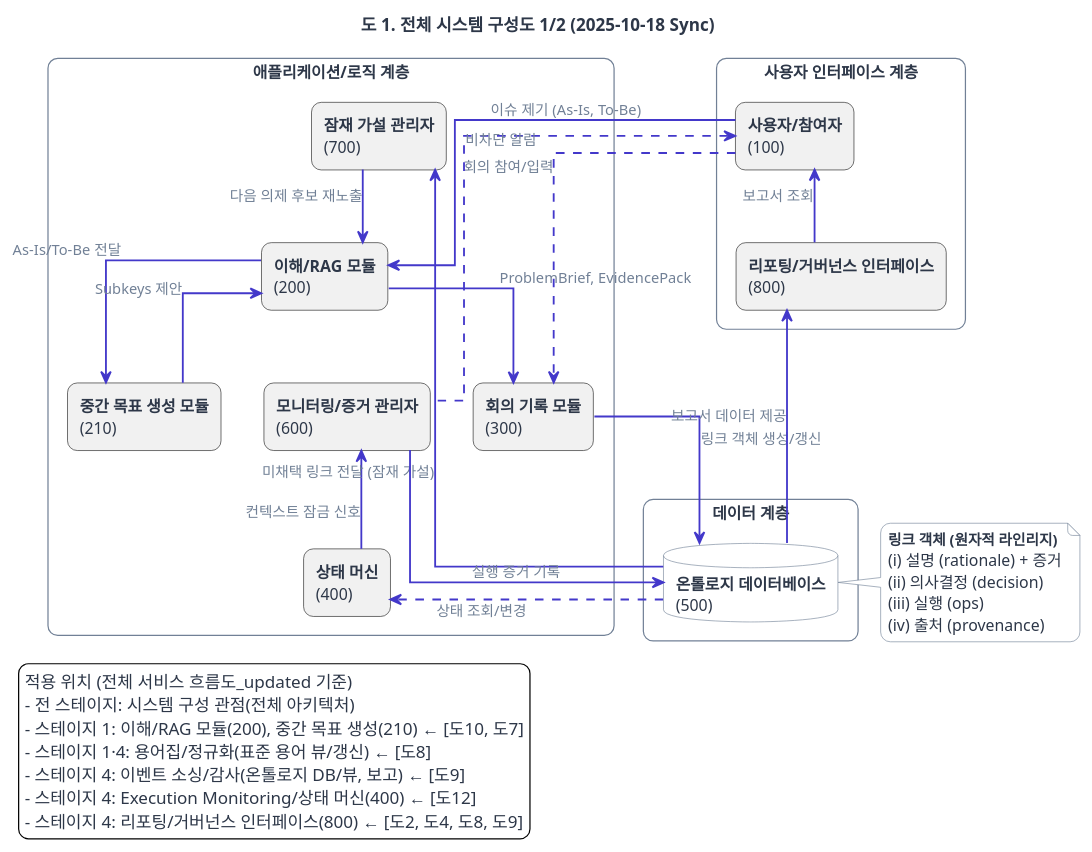
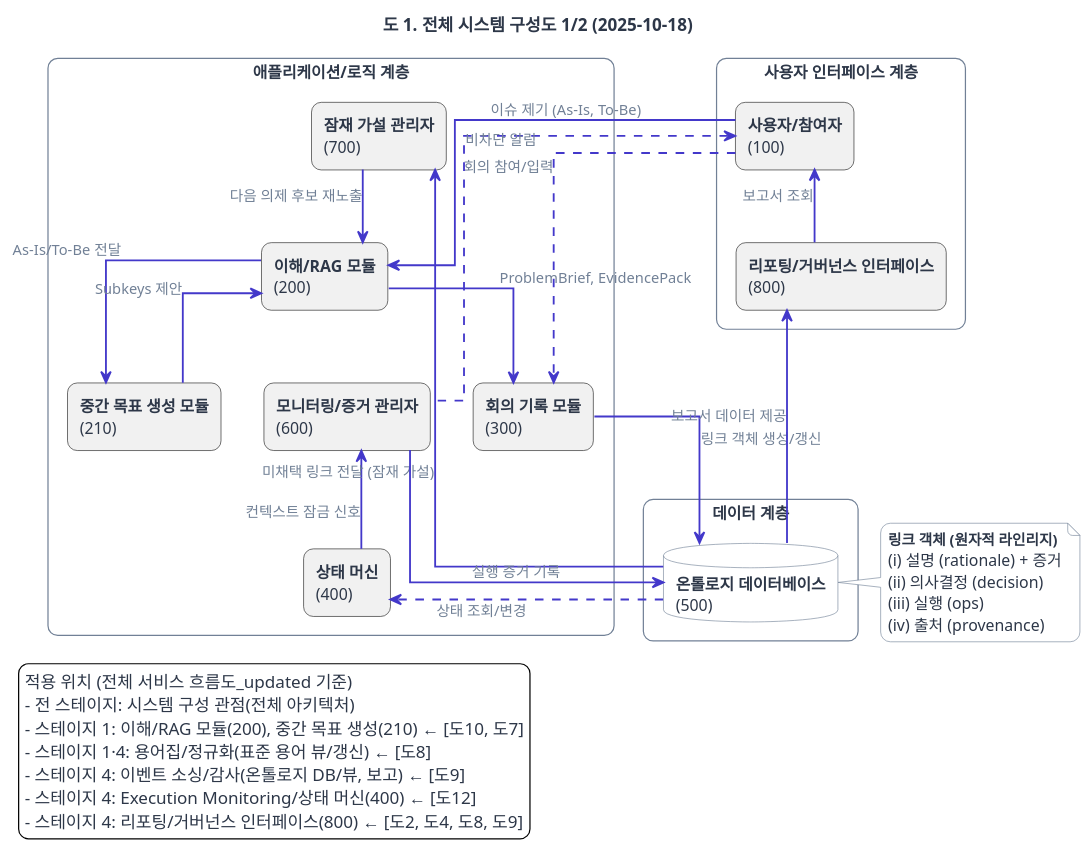
One commit to hamnYK/worflogyTemp changed the diagram in diagrams/1_system_architecture_p1.puml. Above: the diagram before and after it, drawn with PlantUML. The commit also changed 14 other files, not shown here.

```diff
--- a/diagrams/1_system_architecture_p1.puml
+++ b/diagrams/1_system_architecture_p1.puml
@@ -1,162 +1,162 @@
 @startuml
 
 ' Set the main direction to vertical
 top to bottom direction
 
-title 도 1. 전체 시스템 구성도 1/2 (2025-10-18 Sync)
+title 도 1. 전체 시스템 구성도 1/2 (2025-10-18)
 
 '================================================================
 ' Worflogy.com Website Theme for PlantUML
 '================================================================
 
 '// 1. 전역 스타일 (Global Style & Fonts) //
 skinparam backgroundColor #ffffff
 skinparam defaultFontName "Pretendard"
 skinparam defaultFontSize 13
 skinparam defaultFontColor #2D3748
 skinparam shadowing false
 skinparam roundCorner 16
 
 '// 2. 화살표 및 연결선 스타일 (Arrow & Connector Style) //
 skinparam ArrowColor #718096
 skinparam ArrowThickness 1.5
 skinparam ArrowFontColor #718096
 skinparam ArrowFontSize 12
 skinparam linetype ortho
 
 '// 3. 기본 요소 스타일 (Standard Elements Style) //
 skinparam card {
   BackgroundColor #ffffff
   BorderColor #718096
 }
 skinparam note {
   BackgroundColor #ffffff
   BorderColor #718096
   FontColor #2D3748
 }
 skinparam component {
   BackgroundColor #ffffff
   BorderColor #718096
 }
 skinparam package {
   BackgroundColor #ffffff
   BorderColor #718096
 }
 skinparam database {
   BackgroundColor #ffffff
   BorderColor #718096
 }
 ' [추가] 파티션(Partition) 스타일 정의
 skinparam partition {
   BackgroundColor #F4F6F8 ' 웹사이트의 연한 배경색으로 구분감 부여
   BorderColor #718096
   FontColor #2D3748
 }
 
 '// 4. 강조 요소 스타일 (Accent Elements Style) //
 skinparam actor {
   BackgroundColor #4338CA
   BorderColor #4338CA
   FontColor #ffffff
 }
 skinparam participant {
   BackgroundColor #4338CA
   BorderColor #4338CA
   FontColor #ffffff
 }
 skinparam usecase {
   BackgroundColor #ffffff
   BorderColor #4338CA
   ArrowColor #4338CA
 }
 skinparam activity {
   BackgroundColor #ffffff
   BorderColor #4338CA
   FontColor #2D3748
 }
 
 '// 5. 클래스 다이어그램 스타일 (Class Diagram Style) //
 skinparam class {
   BackgroundColor #ffffff
   BorderColor #718096 ' [수정] 테두리 색상 변경
   HeaderBackgroundColor #4338CA
   FontColor #ffffff
   AttributeFontColor #2D3748
   AttributeFontSize 12
 }
 
 '================================================================
 
 ' Layout & Components
 rectangle "사용자 인터페이스 계층" {
   rectangle "<b>사용자/참여자</b>\n(100)" as User
   rectangle "<b>리포팅/거버넌스 인터페이스</b>\n(800)" as RPT
   User -[hidden]right- RPT
 }
 
 rectangle "애플리케이션/로직 계층" {
   rectangle "<b>잠재 가설 관리자</b>\n(700)" as WS
   rectangle "<b>이해/RAG 모듈</b>\n(200)" as RAG
   rectangle "<b>중간 목표 생성 모듈</b>\n(210)" as SubkeyGen
   rectangle "<b>회의 기록 모듈</b>\n(300)" as MTG
   rectangle "<b>상태 머신</b>\n(400)" as SM
   rectangle "<b>모니터링/증거 관리자</b>\n(600)" as MON
 
 ' Use hidden links to create a grid layout
   WS -[hidden]right- RAG
   RAG -[hidden]right- SubkeyGen
   MTG -[hidden]right- MON
   MON -[hidden]right- SM
   WS -[hidden]down- MTG
 }
 
 rectangle "데이터 계층" {
     database "<b>온톨로지 데이터베이스</b>\n(500)" as DB
 }
 
 ' Data Flow (Manually re-routed for clarity)
 '--- Primary Input & Creation Flow ---
 User -down-> RAG: 이슈 제기 (As-Is, To-Be)
 RAG -right-> SubkeyGen: As-Is/To-Be 전달
 SubkeyGen -down-> RAG: Subkeys 제안
 RAG -down-> MTG: ProblemBrief, EvidencePack
 User -[dashed]down-> MTG: 회의 참여/입력
 MTG -down-> DB: 링크 객체 생성/갱신
 
 '--- Feedback Loop (Left side) ---
 DB -left-> WS: 미채택 링크 전달 (잠재 가설)
 WS -down-> RAG: 다음 의제 후보 재노출
 
 '--- Reporting Loop (Far Left side) ---
 DB -left-> RPT: 보고서 데이터 제공
 RPT -up-> User: 보고서 조회
 
 '--- Governance & Monitoring Loop (Right side) ---
 DB -[dashed]right-> SM: 상태 조회/변경
 SM -down-> MON: 컨텍스트 잠금 신호
 MON -down-> DB: 실행 증거 기록
 
 '--- Notification (Routed cleanly) ---
 MON -[dashed]up-> User: 비차단 알림
 
 note as N1
   <b><size:12>링크 객체 (원자적 라인리지)</size></b>
   (i) 설명 (rationale) + 증거
   (ii) 의사결정 (decision)
   (iii) 실행 (ops)
   (iv) 출처 (provenance)
 endnote
 
 DB -[hidden]right- N1
 
 legend left
 적용 위치 (전체 서비스 흐름도_updated 기준)
 - 전 스테이지: 시스템 구성 관점(전체 아키텍처)
 - 스테이지 1: 이해/RAG 모듈(200), 중간 목표 생성(210) ← [도10, 도7]
 - 스테이지 1·4: 용어집/정규화(표준 용어 뷰/갱신) ← [도8]
 - 스테이지 4: 이벤트 소싱/감사(온톨로지 DB/뷰, 보고) ← [도9]
 - 스테이지 4: Execution Monitoring/상태 머신(400) ← [도12]
 - 스테이지 4: 리포팅/거버넌스 인터페이스(800) ← [도2, 도4, 도8, 도9]
 end legend
 
 @enduml
```
